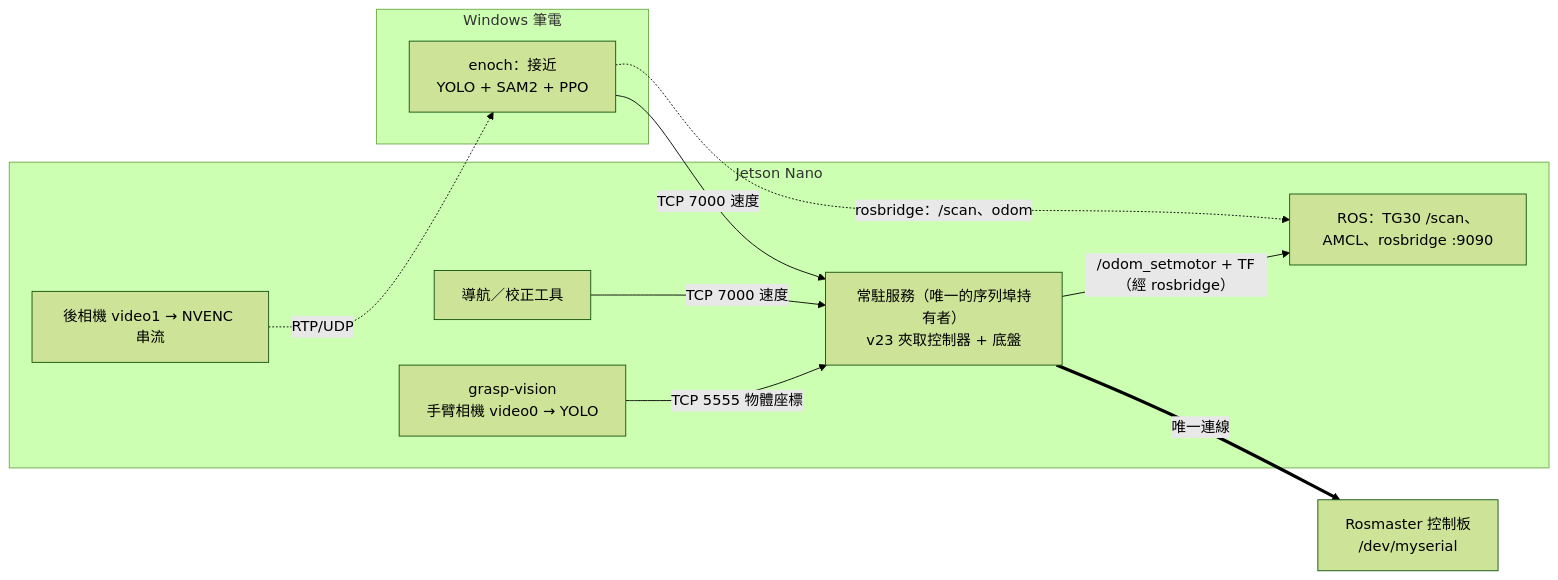
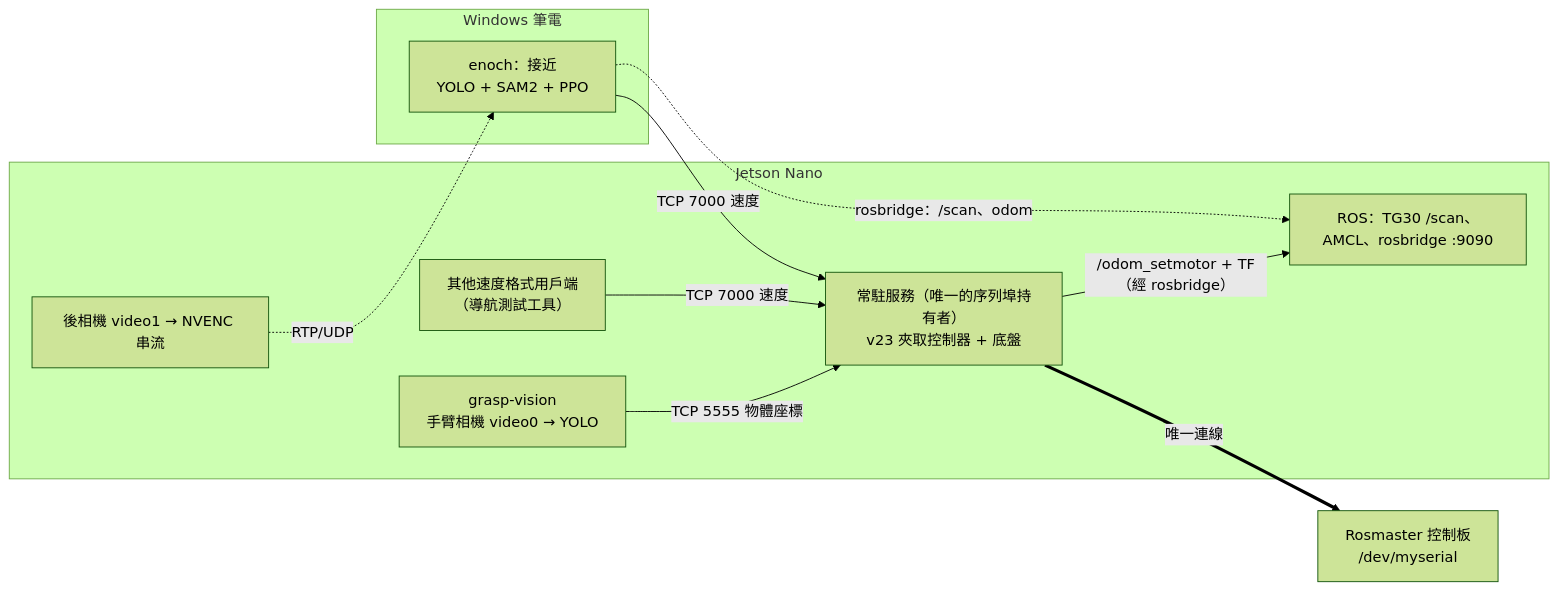
One commit to 112303577ncu/iGibson-Navigation-Grasping changed the diagram in docs/planning/G2_ARCHITECTURE_2026-09-28.md. Above: the diagram before and after it, drawn with Mermaid (forest theme). The commit also changed other lines of this file and 3 other files, not shown here.

````diff
--- a/docs/planning/G2_ARCHITECTURE_2026-09-28.md
+++ b/docs/planning/G2_ARCHITECTURE_2026-09-28.md
@@ -38,22 +44,22 @@
 ```mermaid
 flowchart LR
   subgraph WIN["Windows 筆電"]
     APP["enoch：接近<br/>YOLO + SAM2 + PPO"]
   end
   subgraph JET["Jetson Nano"]
     D["常駐服務（唯一的序列埠持有者）<br/>v23 夾取控制器 + 底盤"]
     V["grasp-vision<br/>手臂相機 video0 → YOLO"]
     ROS["ROS：TG30 /scan、AMCL、rosbridge :9090"]
     CAM["後相機 video1 → NVENC 串流"]
-    NAV["導航／校正工具"]
+    NAV["其他速度格式用戶端<br/>（導航測試工具）"]
   end
   BOARD["Rosmaster 控制板<br/>/dev/myserial"]
 
   APP -- "TCP 7000 速度" --> D
   NAV -- "TCP 7000 速度" --> D
   APP -. "rosbridge：/scan、odom" .-> ROS
   CAM -. "RTP/UDP" .-> APP
   V -- "TCP 5555 物體座標" --> D
   D -- "/odom_setmotor + TF（經 rosbridge）" --> ROS
   D == "唯一連線" ==> BOARD
 ```
````
